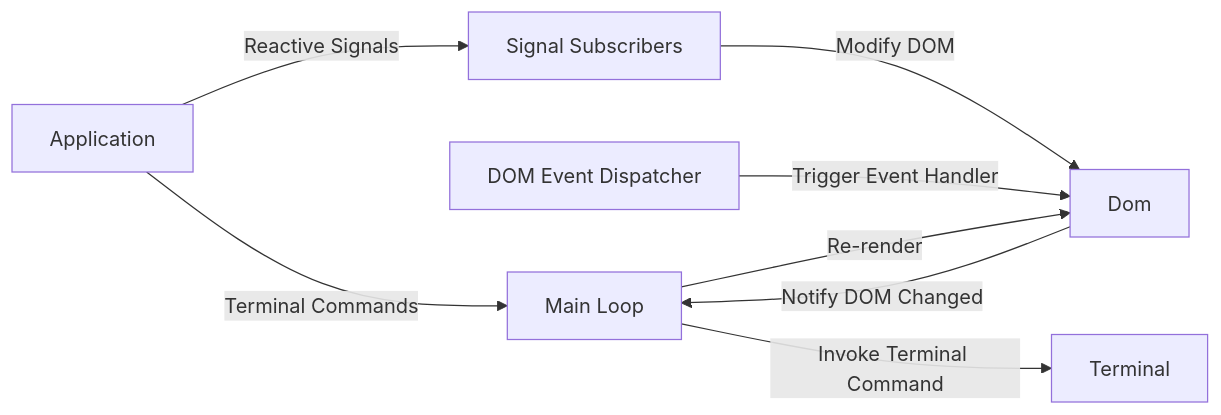
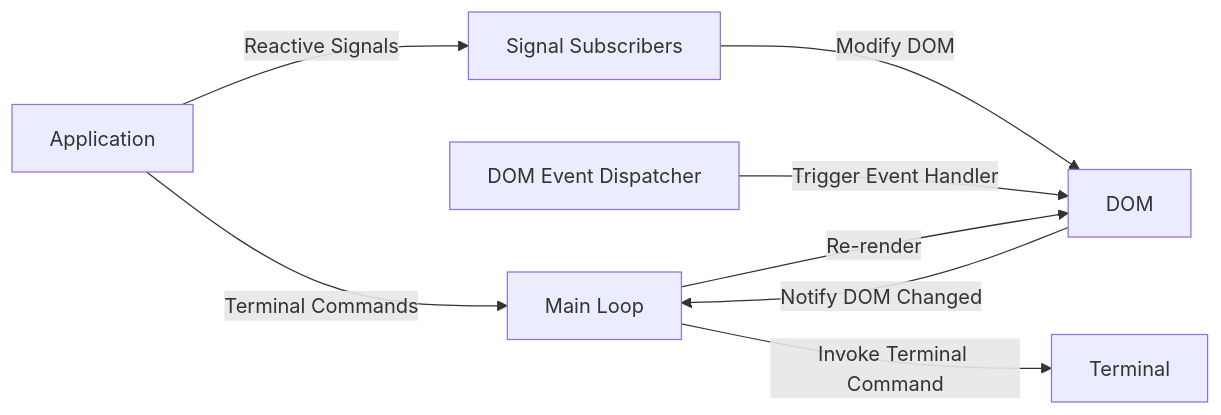
Before and after one commit to aschey/rooibos: the second of 2 diagrams in ARCHITECTURE.md, drawn with Mermaid. The commit also changed other lines of this file and 1 other file, not shown here.

````diff
--- a/ARCHITECTURE.md
+++ b/ARCHITECTURE.md
@@ -108,10 +135,10 @@
 ```mermaid
 flowchart LR
     A[Application] -- Terminal Commands --> ML
     A -- Reactive Signals --> SS[Signal Subscribers]
     SS -- Modify DOM --> D
-    DED[DOM Event Dispatcher] -- Trigger Event Handler --> D[Dom]
+    DED[DOM Event Dispatcher] -- Trigger Event Handler --> D[DOM]
     D -- Notify DOM Changed --> ML[Main Loop]
     ML -- Re-render --> D
     ML -- Invoke Terminal Command --> T[Terminal]
 ```
````
